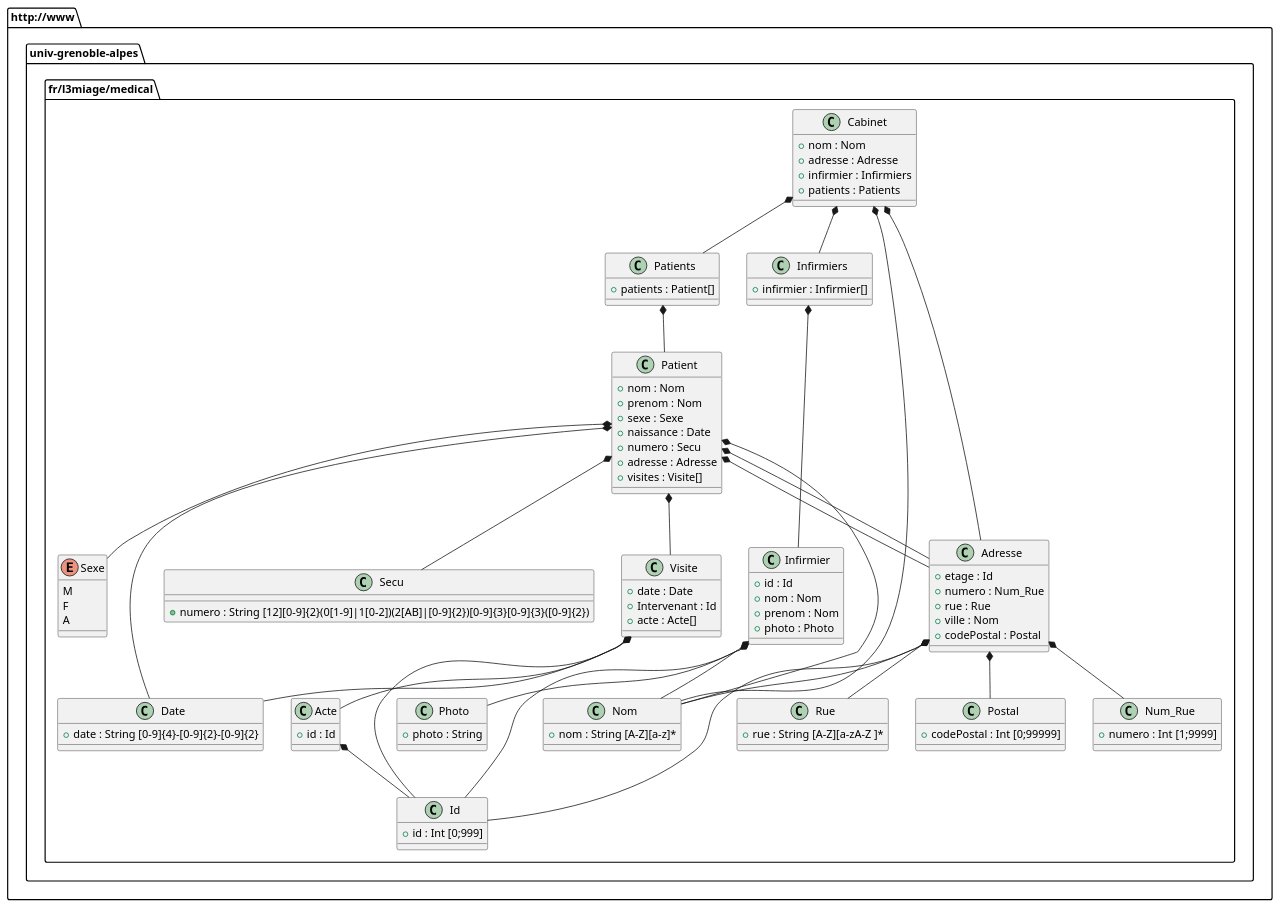
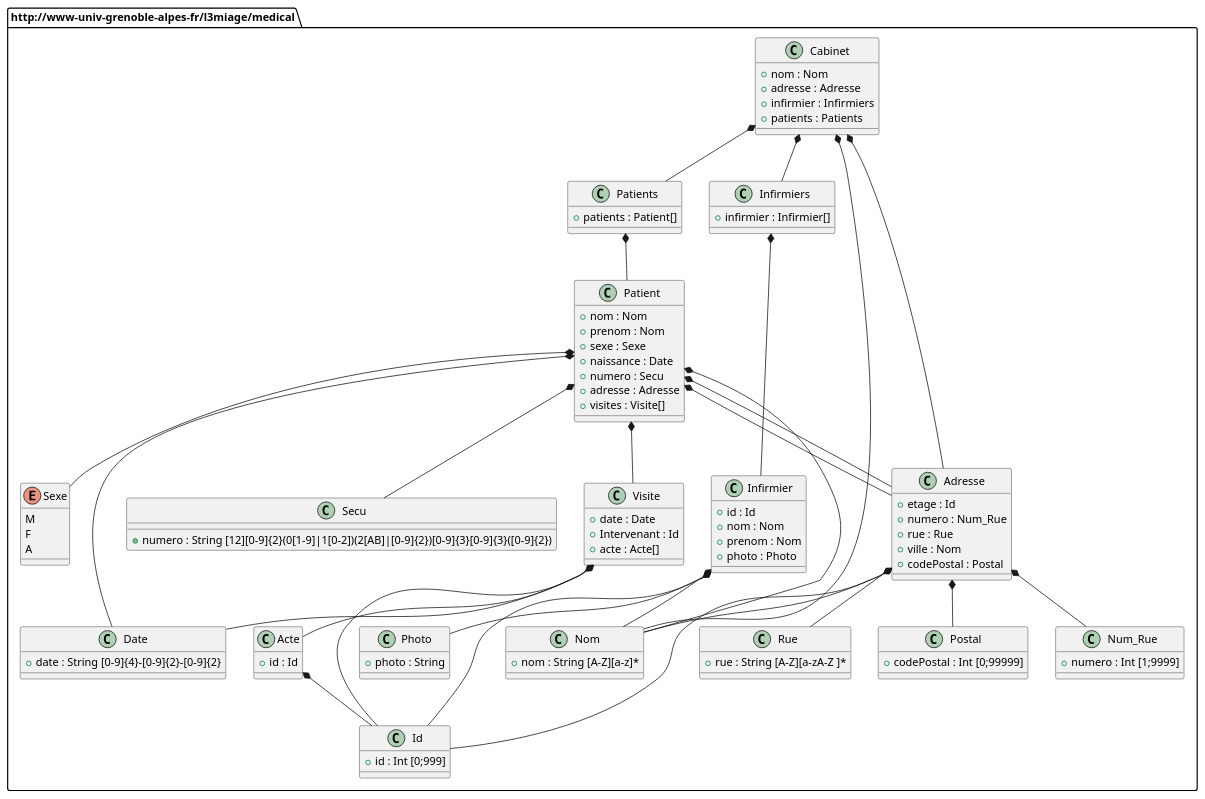
Before and after one commit to SolarHauks/CabinetInfirmier: the diagram in data/plan.pu, drawn with PlantUML. The commit also changed 1 other file, not shown here.

Commit message:
Correction du PlantUML et mise à jour de l'image correspondante

```diff
--- a/data/plan.pu
+++ b/data/plan.pu
@@ -1,126 +1,126 @@
 @startuml
 
-    package http://www.univ-grenoble-alpes.fr/l3miage/medical {
+    package http://www-univ-grenoble-alpes-fr/l3miage/medical {
         class Cabinet {
             +nom : Nom
             +adresse : Adresse
             +infirmier : Infirmiers
             +patients : Patients
         }
         
         class Infirmiers {
             +infirmier : Infirmier[]
         }
         
         class Infirmier {
             +id : Id
             +nom : Nom
             +prenom : Nom
             +photo : Photo
         }
         
         class Patients {
             +patients : Patient[]
         }
         
         class Patient {
             +nom : Nom
             +prenom : Nom
             +sexe : Sexe
             +naissance : Date
             +numero : Secu
             +adresse : Adresse
             +visites : Visite[]
         }
         
         class Adresse {
             +etage : Id
             +numero : Num_Rue
             +rue : Rue
             +ville : Nom
             +codePostal : Postal
         }
         
         class Visite {
             +date : Date
             +Intervenant : Id
             +acte : Acte[]
         }
         
         class Acte {
             +id : Id
         }
         
         
         'Simple Types
         class Nom {
             +nom : String [A-Z][a-z]*
         }
         
         class Id {
             +id : Int [0;999]
         }
         
         'A completer
         class Photo {
             +photo : String
         }
         
         enum Sexe {
             M
             F
             A
         }
         
         class Date {
             +date : String [0-9]{4}-[0-9]{2}-[0-9]{2}
         }
         
         class Secu {
             +numero : String [12][0-9]{2}(0[1-9]|1[0-2])(2[AB]|[0-9]{2})[0-9]{3}[0-9]{3}([0-9]{2})
         }
         
         class Num_Rue {
             +numero : Int [1;9999]
         }
         
         class Rue {
             +rue : String [A-Z][a-zA-Z ]*
         }
         
         class Postal {
             +codePostal : Int [0;99999]
         }
         
     }
 
 'Relations entre les classes
 Cabinet *-- Infirmiers
 Infirmiers *-- Infirmier
 Cabinet *-- Patients
 Patients *-- Patient
 Patient *-- Visite
 Patient *-- Adresse
 Visite *-- Acte
 
 'Relations entre les classes et les types simples
 Cabinet *-- Nom
 Cabinet *-- Adresse
 Infirmier *-- Id
 Infirmier *-- Nom
 Infirmier *-- Photo
 Patient *-- Nom
 Patient *-- Sexe
 Patient *-- Date
 Patient *-- Secu
 Patient *-- Adresse
 Visite *-- Date
 Visite *-- Id
 Acte *-- Id
 Adresse *-- Num_Rue
 Adresse *-- Rue
 Adresse *-- Postal
 Adresse *-- Nom
 Adresse *-- Id
 
 @enduml
```
